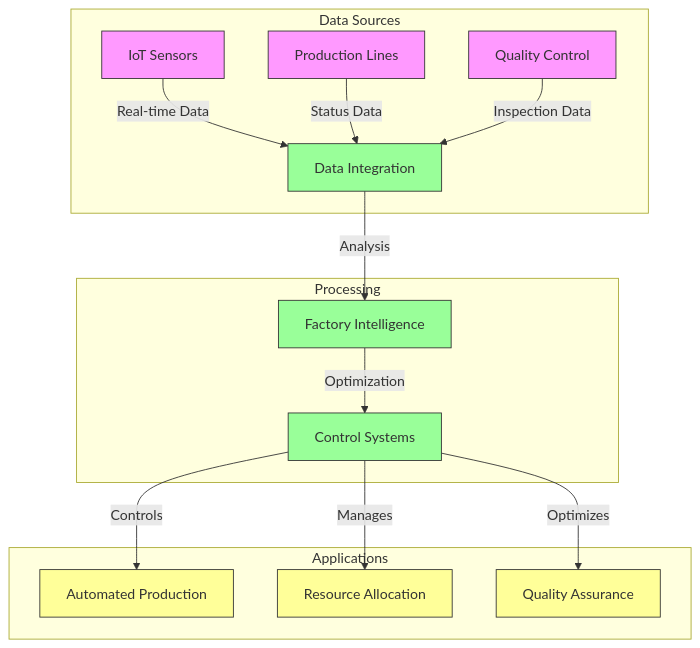
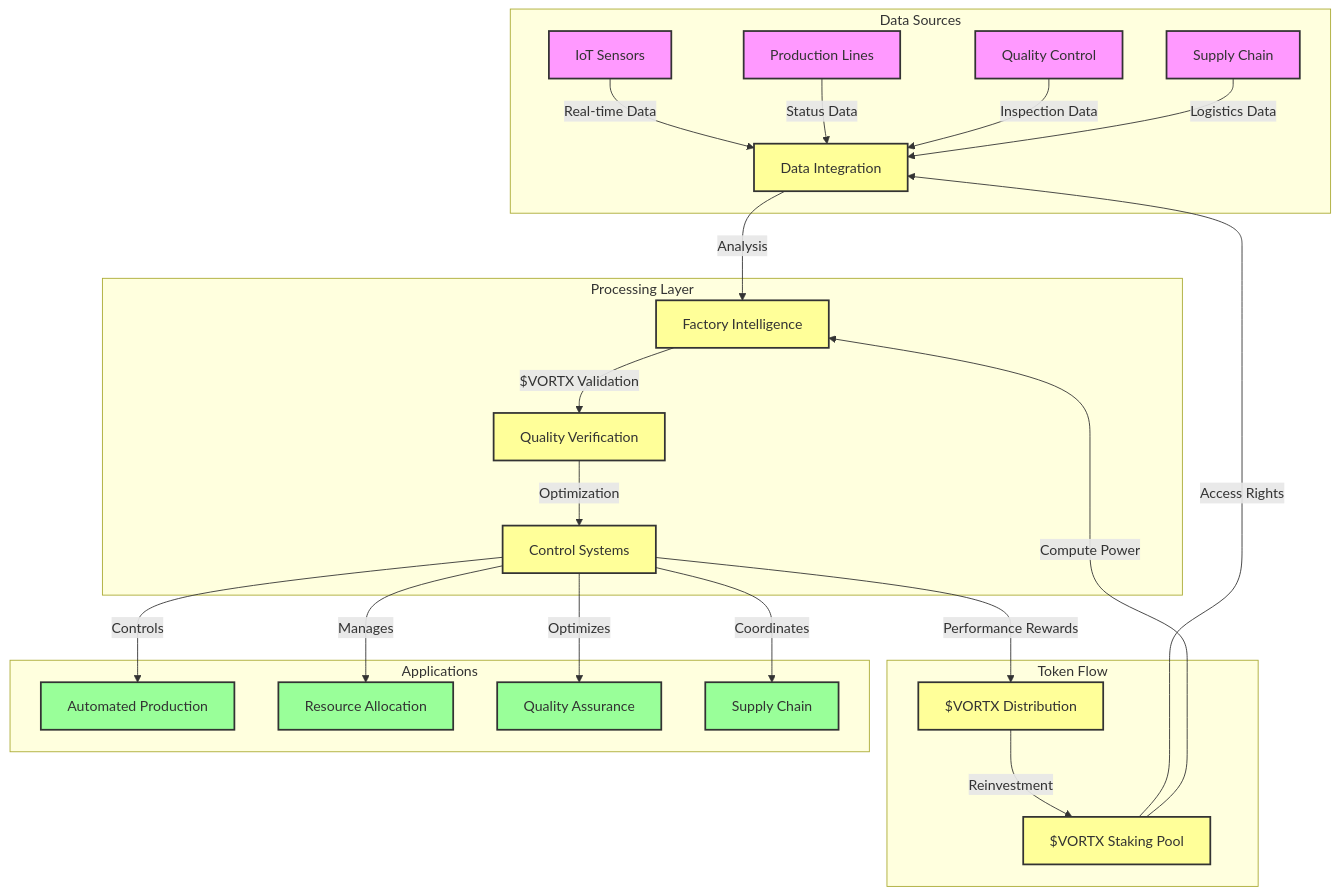
One commit to Vortx-AI/synthetic-satellite changed the first of 5 diagrams in docs/whitepapers/industry-scenarios.md. Above: the diagram before and after it, drawn with Mermaid. The commit also changed other lines of this file and 2 other files, not shown here.

````diff
--- a/docs/whitepapers/industry-scenarios.md
+++ b/docs/whitepapers/industry-scenarios.md
@@ -9,27 +9,39 @@
 ```mermaid
 graph TD
     subgraph Data Sources
-        D1[IoT Sensors] -->|Real-time Data| P1
+        D1[IoT Sensors] -->|Real-time Data| P1[Data Integration]
         D2[Production Lines] -->|Status Data| P1
         D3[Quality Control] -->|Inspection Data| P1
+        D4[Supply Chain] -->|Logistics Data| P1
     end
     
-    subgraph Processing
-        P1[Data Integration] -->|Analysis| P2[Factory Intelligence]
-        P2 -->|Optimization| P3[Control Systems]
+    subgraph Processing Layer
+        P1 -->|Analysis| P2[Factory Intelligence]
+        P2 -->|$VORTX Validation| P3[Quality Verification]
+        P3 -->|Optimization| P4[Control Systems]
+    end
+    
+    subgraph Token Flow
+        T1[$VORTX Staking Pool] -->|Access Rights| P1
+        T1 -->|Compute Power| P2
+        P4 -->|Performance Rewards| T2[$VORTX Distribution]
+        T2 -->|Reinvestment| T1
     end
     
     subgraph Applications
-        P3 -->|Controls| A1[Automated Production]
-        P3 -->|Manages| A2[Resource Allocation]
-        P3 -->|Optimizes| A3[Quality Assurance]
+        P4 -->|Controls| A1[Automated Production]
+        P4 -->|Manages| A2[Resource Allocation]
+        P4 -->|Optimizes| A3[Quality Assurance]
+        P4 -->|Coordinates| A4[Supply Chain]
     end
     
-    classDef source fill:#f9f,stroke:#333
-    classDef process fill:#9f9,stroke:#333
-    classDef app fill:#ff9,stroke:#333
+    classDef source fill:#f9f,stroke:#333,stroke-width:2px
+    classDef process fill:#ff9,stroke:#333,stroke-width:2px
+    classDef token fill:#ff9,stroke:#333,stroke-width:2px
+    classDef app fill:#9f9,stroke:#333,stroke-width:2px
     
-    class D1,D2,D3 source
-    class P1,P2,P3 process
-    class A1,A2,A3 app
+    class D1,D2,D3,D4 source
+    class P1,P2,P3,P4 process
+    class T1,T2 token
+    class A1,A2,A3,A4 app
 ```
````
